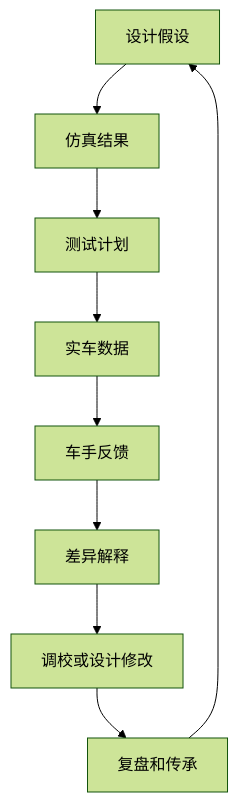
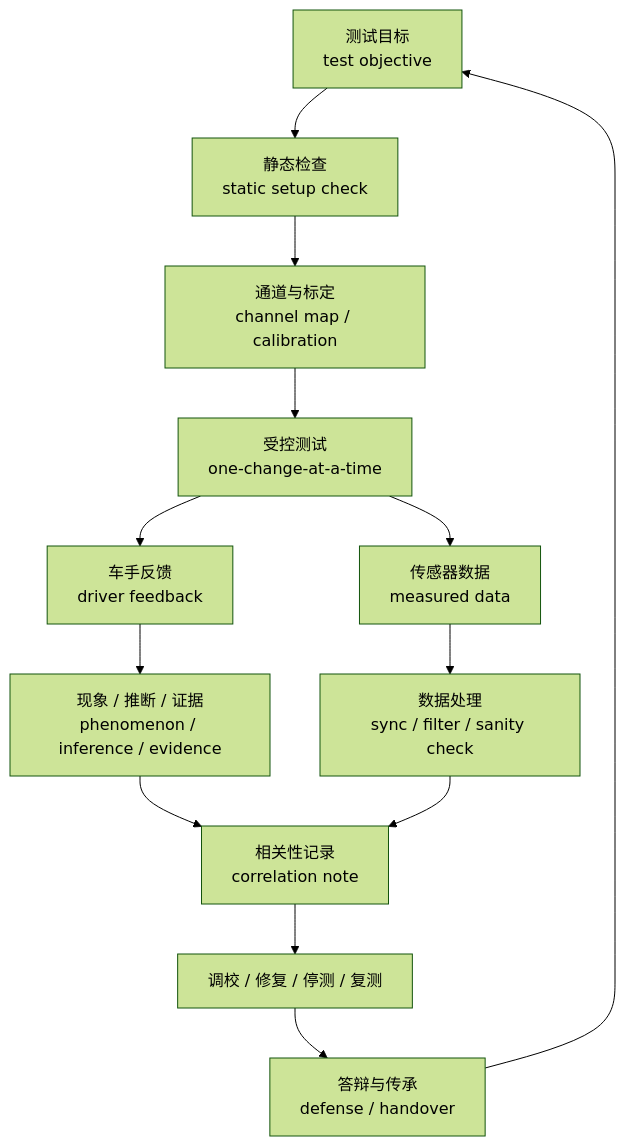
One commit to onebulletkick/suspension_opensource changed the diagram in docs/08-validation-and-iteration.md. Above: the diagram before and after it, drawn with Mermaid (forest theme). The commit also changed other lines of this file and 1 other file, not shown here.

Commit message:
docs: strengthen validation and defense workflow

````diff
--- a/docs/08-validation-and-iteration.md
+++ b/docs/08-validation-and-iteration.md
@@ -9,11 +9,15 @@
 ```mermaid
 flowchart TD
-  A["设计假设"] --> B["仿真结果"]
-  B --> C["测试计划"]
-  C --> D["实车数据"]
-  D --> E["车手反馈"]
-  E --> F["差异解释"]
-  F --> G["调校或设计修改"]
-  G --> H["复盘和传承"]
-  H --> A
+  A["测试目标<br/>test objective"] --> B["静态检查<br/>static setup check"]
+  B --> C["通道与标定<br/>channel map / calibration"]
+  C --> D["受控测试<br/>one-change-at-a-time"]
+  D --> E["车手反馈<br/>driver feedback"]
+  D --> F["传感器数据<br/>measured data"]
+  E --> G["现象 / 推断 / 证据<br/>phenomenon / inference / evidence"]
+  F --> H["数据处理<br/>sync / filter / sanity check"]
+  G --> I["相关性记录<br/>correlation note"]
+  H --> I
+  I --> J["调校 / 修复 / 停测 / 复测"]
+  J --> K["答辩与传承<br/>defense / handover"]
+  K --> A
 ```
````
